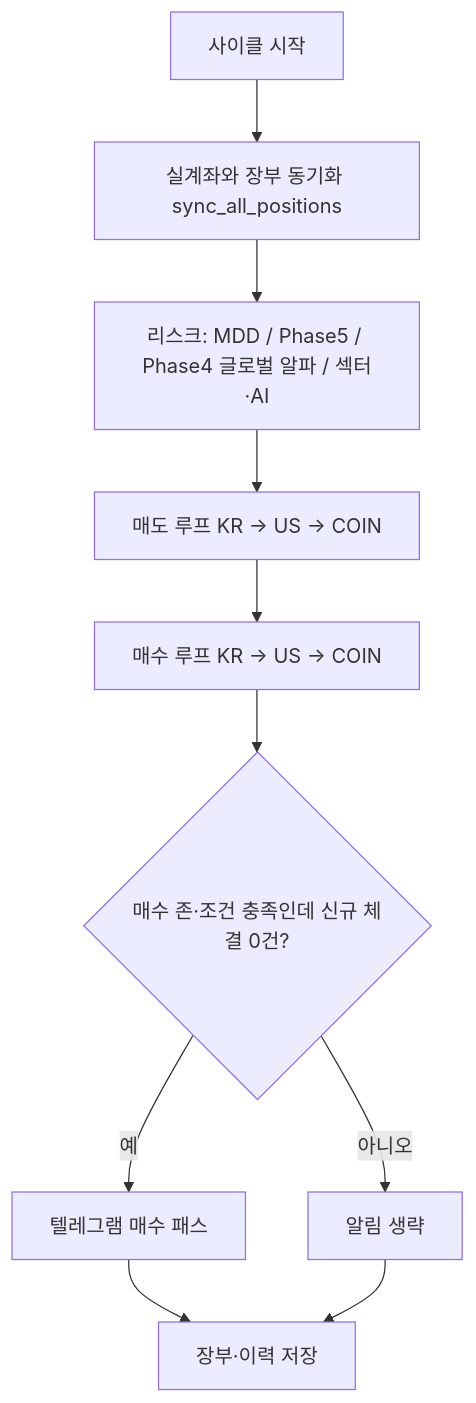
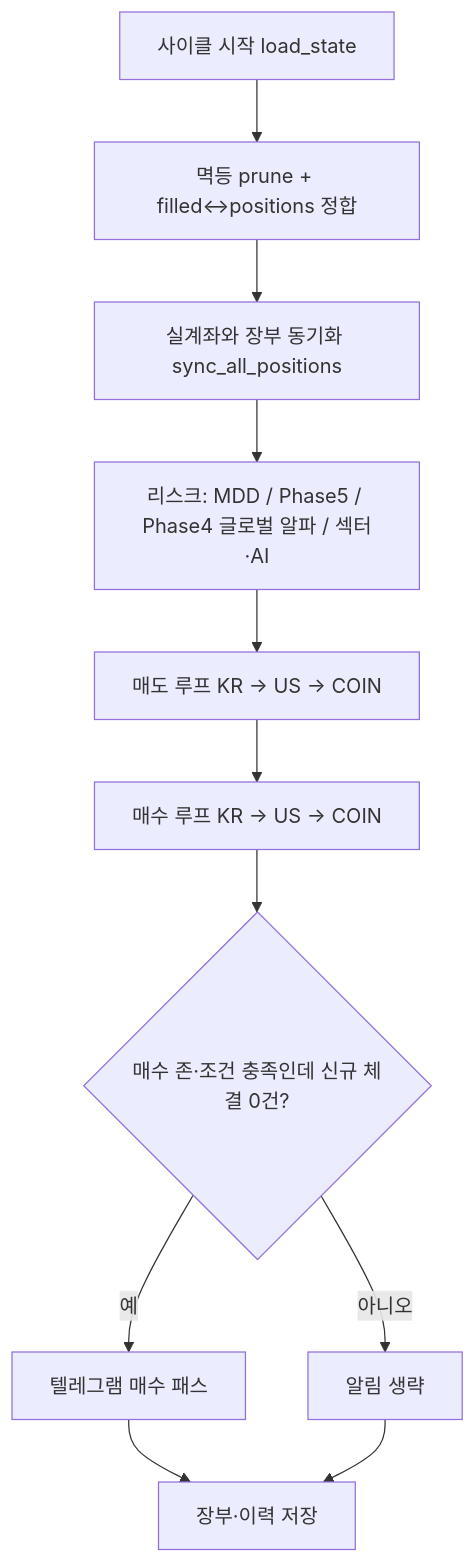
One commit to psyo1o/trade changed the diagram in README.md. Above: the diagram before and after it, drawn with Mermaid. The commit also changed other lines of this file and 32 other files, not shown here.

````diff
--- a/README.md
+++ b/README.md
@@ -186,12 +189,13 @@
 ```mermaid
 flowchart TD
-  A[사이클 시작] --> B[실계좌와 장부 동기화 sync_all_positions]
+  A[사이클 시작 load_state] --> A2[멱등 prune + filled↔positions 정합]
+  A2 --> B[실계좌와 장부 동기화 sync_all_positions]
   B --> C[리스크: MDD / Phase5 / Phase4 글로벌 알파 / 섹터·AI]
   C --> D[매도 루프 KR → US → COIN]
   D --> E[매수 루프 KR → US → COIN]
   E --> F{매수 존·조건 충족인데 신규 체결 0건?}
   F -->|예| G[텔레그램 매수 패스]
   F -->|아니오| H[알림 생략]
   G --> I[장부·이력 저장]
   H --> I
 ```
````
